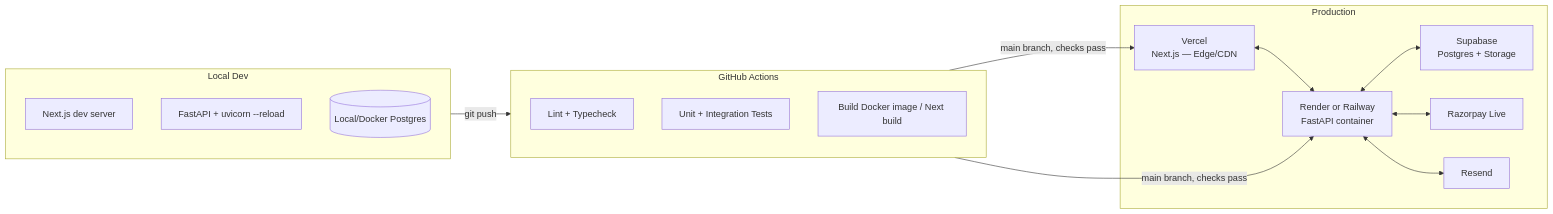
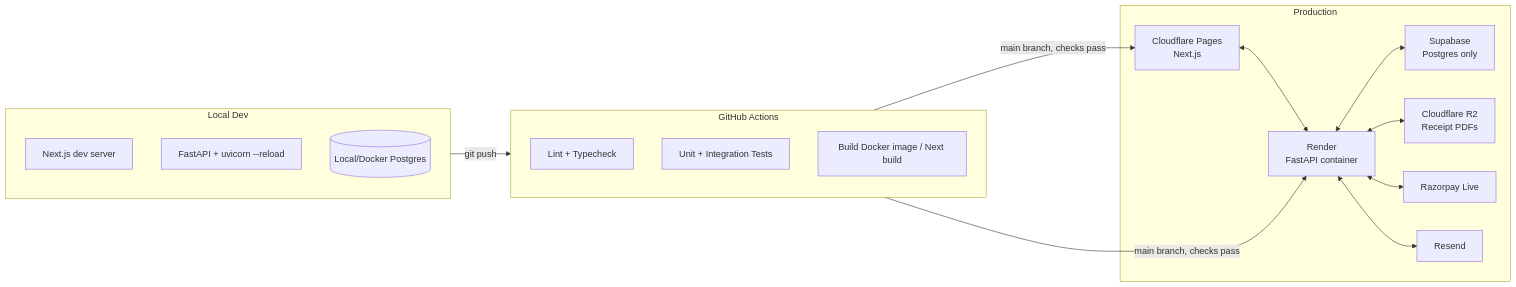
Before and after one commit to anshag1/Donation: the diagram in docs/06-deployment-security.md, drawn with Mermaid. The commit also changed other lines of this file and 9 other files, not shown here.

First line of the commit message:
Add Cloudflare R2 storage backend; document deployment plan and session handoff

````diff
--- a/docs/06-deployment-security.md
+++ b/docs/06-deployment-security.md
@@ -5,30 +7,32 @@
 ```mermaid
 flowchart LR
     subgraph Dev["Local Dev"]
         LocalNext[Next.js dev server]
         LocalAPI[FastAPI + uvicorn --reload]
         LocalPG[(Local/Docker Postgres)]
     end
 
     subgraph CI["GitHub Actions"]
         Lint[Lint + Typecheck]
         Test[Unit + Integration Tests]
         Build[Build Docker image / Next build]
     end
 
     subgraph Prod["Production"]
-        VercelP[Vercel<br/>Next.js — Edge/CDN]
-        RenderP[Render or Railway<br/>FastAPI container]
-        SupabaseP[Supabase<br/>Postgres + Storage]
+        PagesP[Cloudflare Pages<br/>Next.js]
+        RenderP[Render<br/>FastAPI container]
+        SupabaseP[Supabase<br/>Postgres only]
+        R2P[Cloudflare R2<br/>Receipt PDFs]
         RazorpayP[Razorpay Live]
         ResendP[Resend]
     end
 
     Dev -->|git push| CI
-    CI -->|main branch, checks pass| VercelP
+    CI -->|main branch, checks pass| PagesP
     CI -->|main branch, checks pass| RenderP
     RenderP <--> SupabaseP
-    VercelP <--> RenderP
+    RenderP <--> R2P
+    PagesP <--> RenderP
     RenderP <--> RazorpayP
     RenderP <--> ResendP
 ```
````
